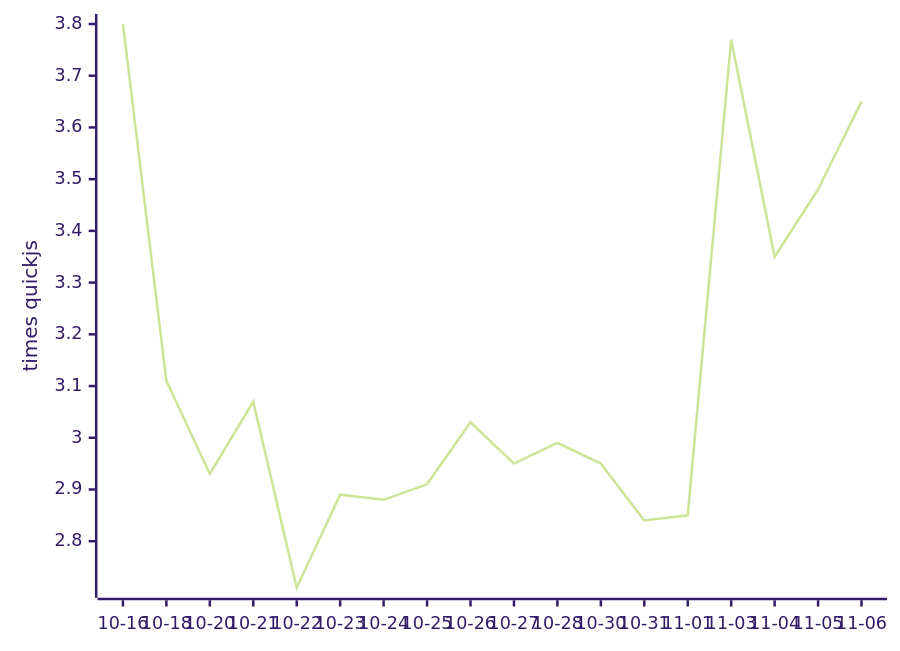
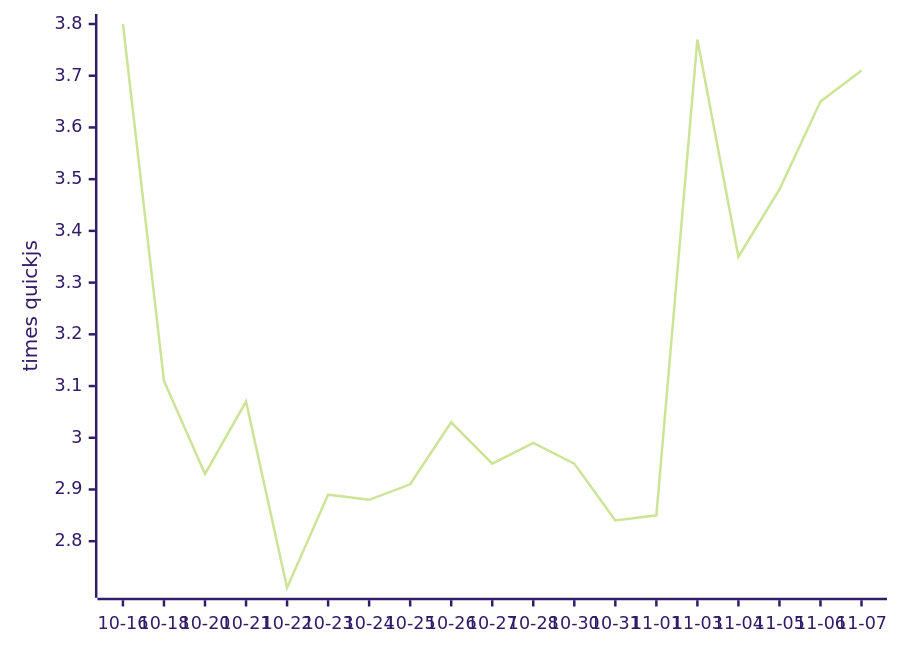
Before and after one commit to mozzius/kahvi: the diagram in README.md, drawn with Mermaid (forest theme). The commit also changed other lines of this file and 1 other file, not shown here.

````diff
--- a/README.md
+++ b/README.md
@@ -9,6 +9,6 @@
 ```mermaid
 xychart-beta
-  x-axis ["10-16", "10-18", "10-20", "10-21", "10-22", "10-23", "10-24", "10-25", "10-26", "10-27", "10-28", "10-30", "10-31", "11-01", "11-03", "11-04", "11-05", "11-06"]
+  x-axis ["10-16", "10-18", "10-20", "10-21", "10-22", "10-23", "10-24", "10-25", "10-26", "10-27", "10-28", "10-30", "10-31", "11-01", "11-03", "11-04", "11-05", "11-06", "11-07"]
   y-axis "times quickjs"
-  line [3.80, 3.11, 2.93, 3.07, 2.71, 2.89, 2.88, 2.91, 3.03, 2.95, 2.99, 2.95, 2.84, 2.85, 3.77, 3.35, 3.48, 3.65]
+  line [3.80, 3.11, 2.93, 3.07, 2.71, 2.89, 2.88, 2.91, 3.03, 2.95, 2.99, 2.95, 2.84, 2.85, 3.77, 3.35, 3.48, 3.65, 3.71]
 ```
````
